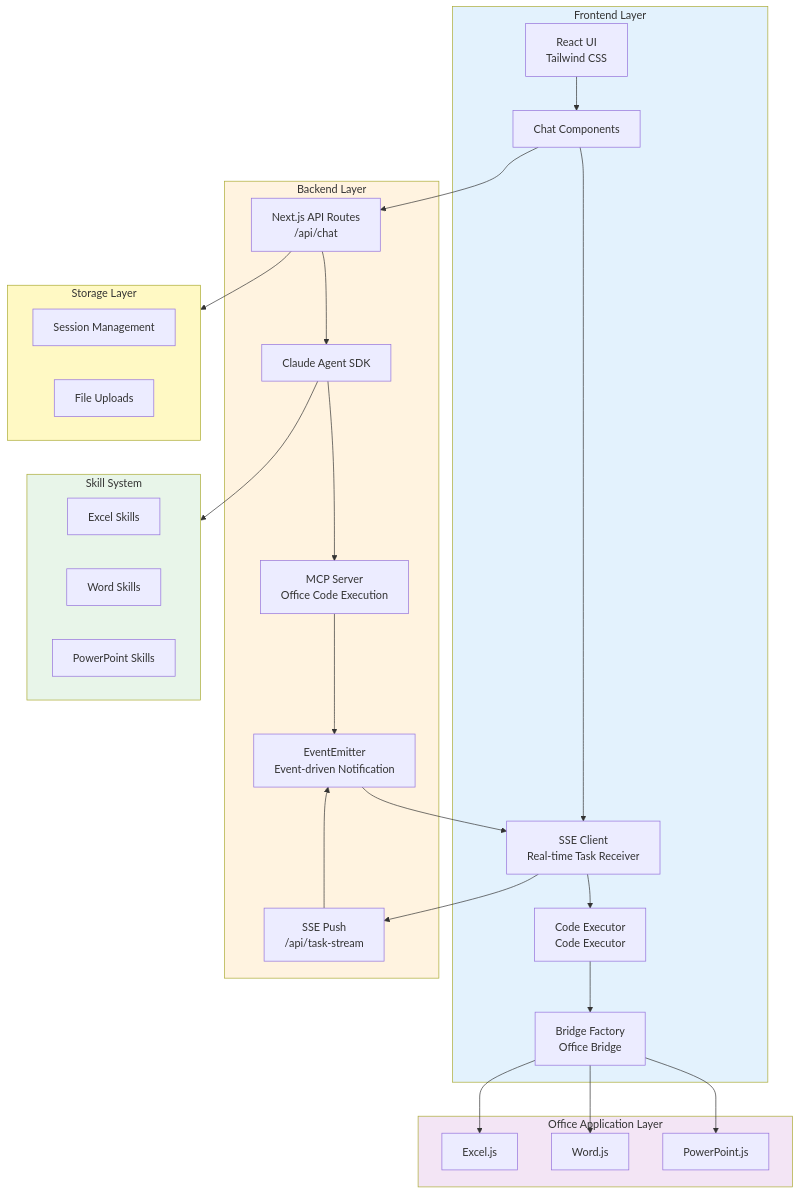
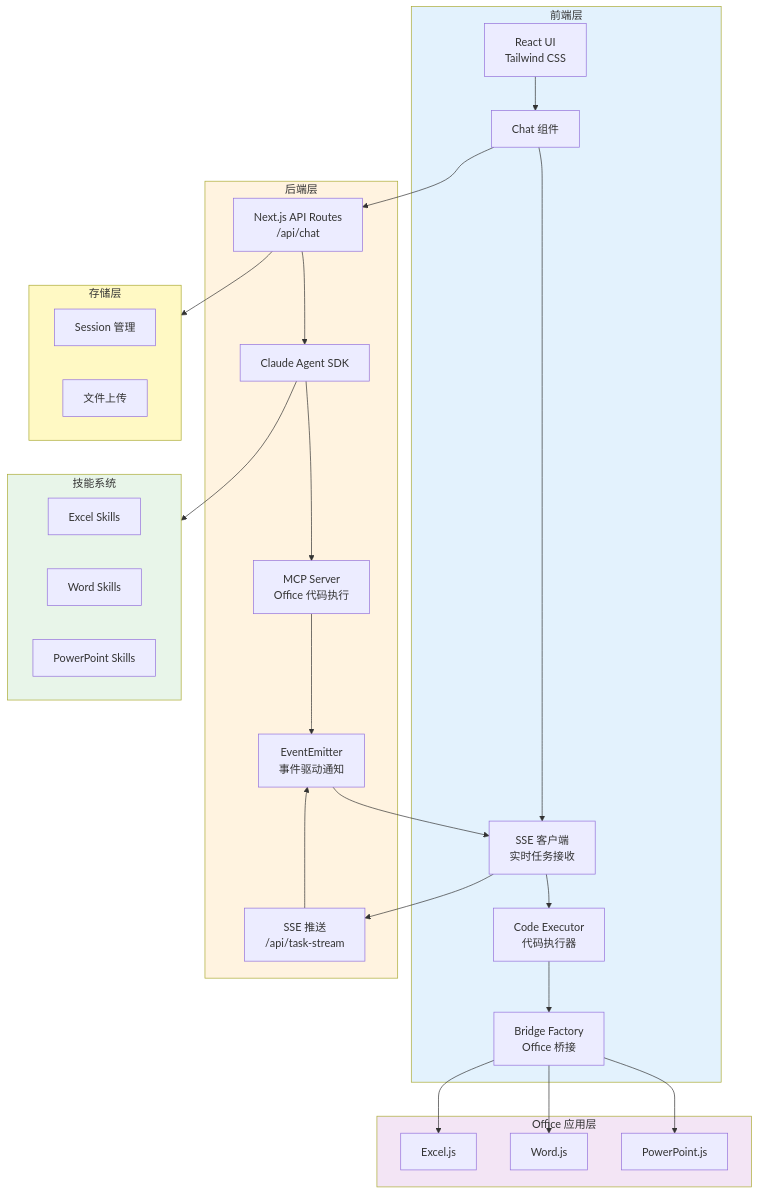
One commit to DocuPilotAI/DocuPilot changed the diagram in README.md. Above: the diagram before and after it, drawn with Mermaid. The commit also changed other lines of this file and 9 other files, not shown here.

````diff
--- a/README.md
+++ b/README.md
@@ -514,58 +527,58 @@
 ```mermaid
 graph TB
-    subgraph frontend [Frontend Layer]
+    subgraph frontend [前端层]
         UI[React UI<br/>Tailwind CSS]
-        Chat[Chat Components]
-        SSE[SSE Client<br/>Real-time Task Receiver]
-        Executor[Code Executor<br/>Code Executor]
-        Bridge[Bridge Factory<br/>Office Bridge]
+        Chat[Chat 组件]
+        SSE[SSE 客户端<br/>实时任务接收]
+        Executor[Code Executor<br/>代码执行器]
+        Bridge[Bridge Factory<br/>Office 桥接]
     end
     
-    subgraph backend [Backend Layer]
+    subgraph backend [后端层]
         API[Next.js API Routes<br/>/api/chat]
         SDK[Claude Agent SDK]
-        MCPServer[MCP Server<br/>Office Code Execution]
-        EventEmitter[EventEmitter<br/>Event-driven Notification]
-        TaskStream[SSE Push<br/>/api/task-stream]
+        MCPServer[MCP Server<br/>Office 代码执行]
+        EventEmitter[EventEmitter<br/>事件驱动通知]
+        TaskStream[SSE 推送<br/>/api/task-stream]
     end
     
-    subgraph office [Office Application Layer]
+    subgraph office [Office 应用层]
         Excel[Excel.js]
         Word[Word.js]
         PPT[PowerPoint.js]
     end
     
-    subgraph skills [Skill System]
+    subgraph skills [技能系统]
         ExcelSkill[Excel Skills]
         WordSkill[Word Skills]
         PPTSkill[PowerPoint Skills]
     end
     
-    subgraph storage [Storage Layer]
-        Sessions[Session Management]
-        Files[File Uploads]
+    subgraph storage [存储层]
+        Sessions[Session 管理]
+        Files[文件上传]
     end
     
     UI --> Chat
     Chat --> API
     Chat --> SSE
     SSE --> TaskStream
     TaskStream --> EventEmitter
     API --> SDK
     SDK --> MCPServer
     MCPServer --> EventEmitter
     EventEmitter --> SSE
     SSE --> Executor
     Executor --> Bridge
     Bridge --> Excel
     Bridge --> Word
     Bridge --> PPT
     SDK --> skills
     API --> storage
     
     style frontend fill:#e3f2fd
     style backend fill:#fff3e0
     style office fill:#f3e5f5
     style skills fill:#e8f5e9
     style storage fill:#fff9c4
 ```
````
